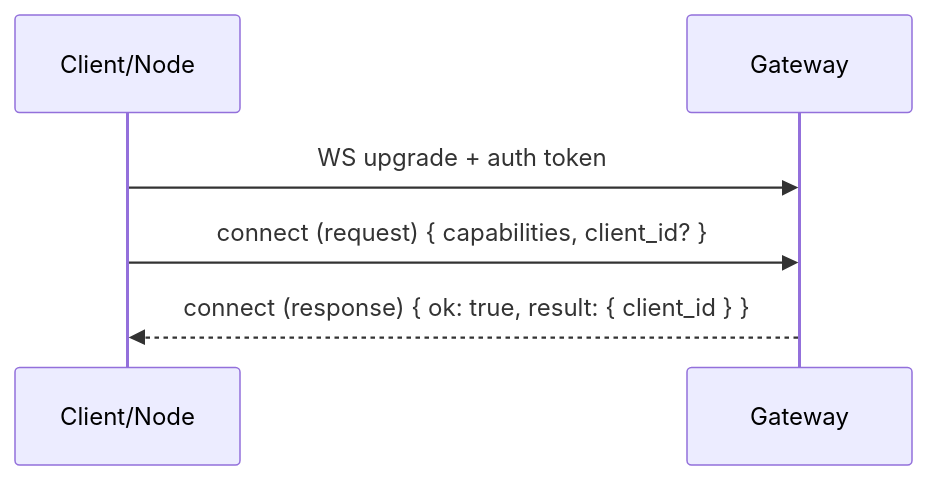
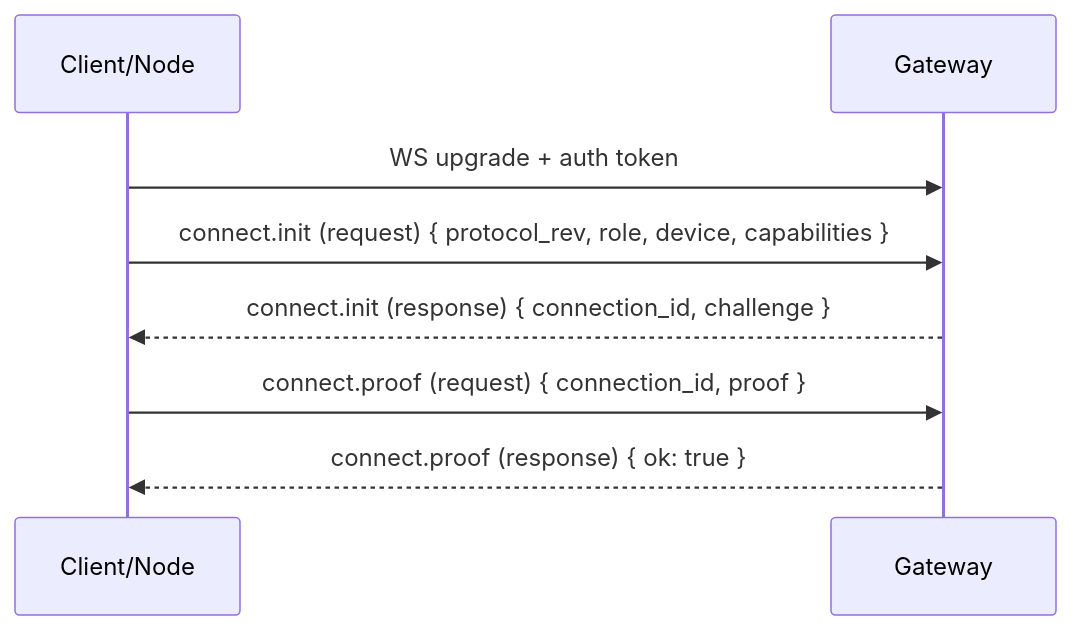
The diagram in docs/architecture/protocol/handshake.md (tyrumai/tyrum), drawn with Mermaid before and after one commit. The commit also changed other lines of this file and 49 other files, not shown here.

Commit message:
docs(architecture): consolidate spec; remove ADRs

````diff
--- a/docs/architecture/protocol/handshake.md
+++ b/docs/architecture/protocol/handshake.md
@@ -15,9 +7,11 @@
 ```mermaid
 sequenceDiagram
   participant Peer as Client/Node
   participant Gateway
 
   Peer->>Gateway: WS upgrade + auth token
-  Peer->>Gateway: connect (request) { capabilities, client_id? }
-  Gateway-->>Peer: connect (response) { ok: true, result: { client_id } }
+  Peer->>Gateway: connect.init (request) { protocol_rev, role, device, capabilities }
+  Gateway-->>Peer: connect.init (response) { connection_id, challenge }
+  Peer->>Gateway: connect.proof (request) { connection_id, proof }
+  Gateway-->>Peer: connect.proof (response) { ok: true }
 ```
````
